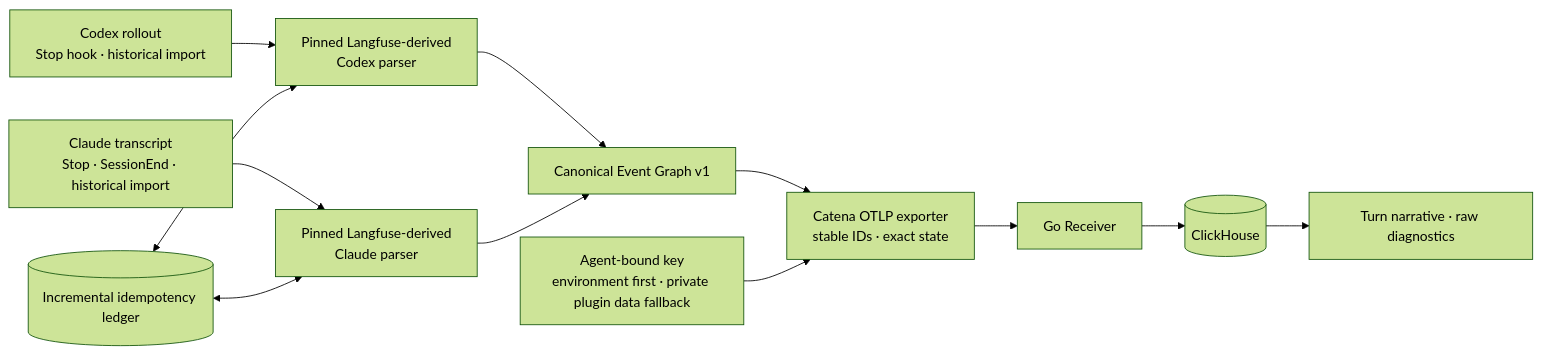
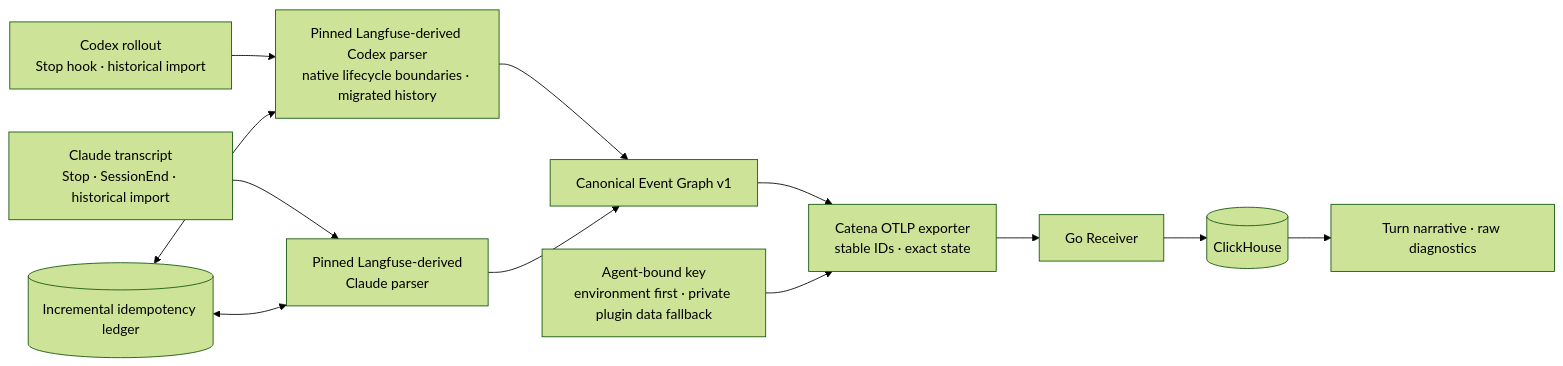
Before and after one commit to fightheyyy/CATENA: the second of 2 diagrams in tap/SPEC.md, drawn with Mermaid (forest theme). The commit also changed other lines of this file and 8 other files, not shown here.

Commit message:
Update Codex tap parser and migration fixture

````diff
--- a/tap/SPEC.md
+++ b/tap/SPEC.md
@@ -55,14 +56,14 @@
 ```mermaid
 flowchart LR
-    Codex["Codex rollout<br/>Stop hook · historical import"] --> CodexParser["Pinned Langfuse-derived<br/>Codex parser"]
+    Codex["Codex rollout<br/>Stop hook · historical import"] --> CodexParser["Pinned Langfuse-derived Codex parser<br/>native lifecycle boundaries · migrated history"]
     Claude["Claude transcript<br/>Stop · SessionEnd · historical import"] --> ClaudeParser["Pinned Langfuse-derived<br/>Claude parser"]
     CodexParser --> Graph["Canonical Event Graph v1"]
     ClaudeParser --> Graph
     Graph --> Exporter["Catena OTLP exporter<br/>stable IDs · exact state"]
     Credential["Agent-bound key<br/>environment first · private plugin data fallback"] --> Exporter
     Exporter --> Go["Go Receiver"]
     Go --> CH[("ClickHouse")]
     CH --> Web["Turn narrative · raw diagnostics"]
     Ledger[("Incremental idempotency ledger")] <--> CodexParser
     Ledger <--> ClaudeParser
 ```
````
